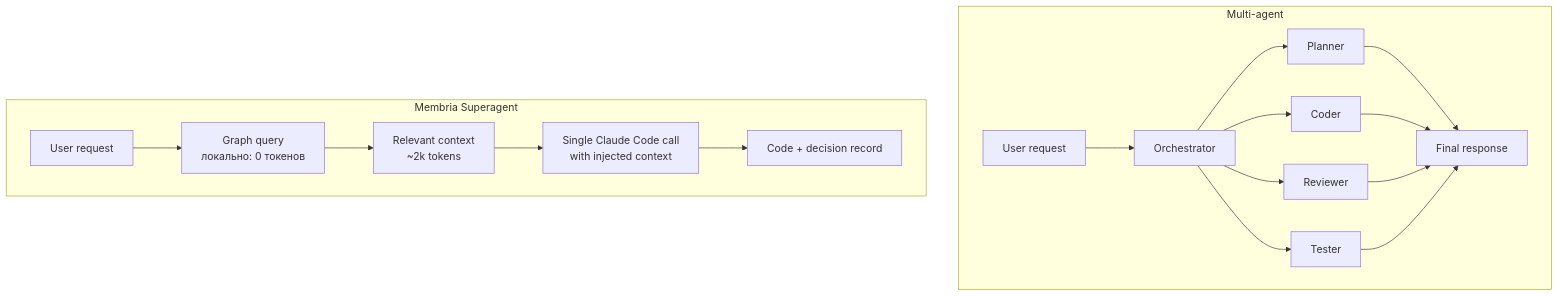
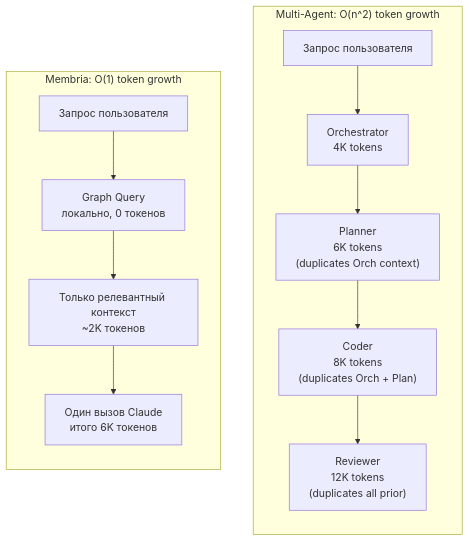
Before and after one commit to membria/docs-ru: the third of 3 diagrams in coding-superagent.mdx, drawn with Mermaid. The commit also changed other lines of this file and 11 other files, not shown here.

````diff
--- a/coding-superagent.mdx
+++ b/coding-superagent.mdx
@@ -773,21 +586,17 @@
 ```mermaid
 flowchart TD
-  subgraph MA[Multi-agent]
-    U1[User request] --> O[Orchestrator]
-    O --> P[Planner]
-    O --> C[Coder]
-    O --> R[Reviewer]
-    O --> T[Tester]
-    P --> F1[Final response]
-    C --> F1
-    R --> F1
-    T --> F1
+  subgraph MA["Multi-Agent: O(n^2) token growth"]
+    direction TB
+    U1["Запрос пользователя"] --> Orch["Orchestrator<br/>4K tokens"]
+    Orch --> Plan["Planner<br/>6K tokens<br/>(duplicates Orch context)"]
+    Plan --> Code["Coder<br/>8K tokens<br/>(duplicates Orch + Plan)"]
+    Code --> Rev["Reviewer<br/>12K tokens<br/>(duplicates all prior)"]
   end
 
-  subgraph MS[Membria Superagent]
-    U2[User request] --> GQ[Graph query\nлокально: 0 токенов]
-    GQ --> CTX[Relevant context\n~2k tokens]
-    CTX --> LLM[Single Claude Code call\nwith injected context]
-    LLM --> OUT[Code + decision record]
+  subgraph MS["Membria: O(1) token growth"]
+    direction TB
+    U2["Запрос пользователя"] --> GQ["Graph Query<br/>локально, 0 токенов"]
+    GQ --> CTX["Только релевантный контекст<br/>~2K токенов"]
+    CTX --> LLM["Один вызов Claude<br/>итого 6K токенов"]
   end
 ```
````
